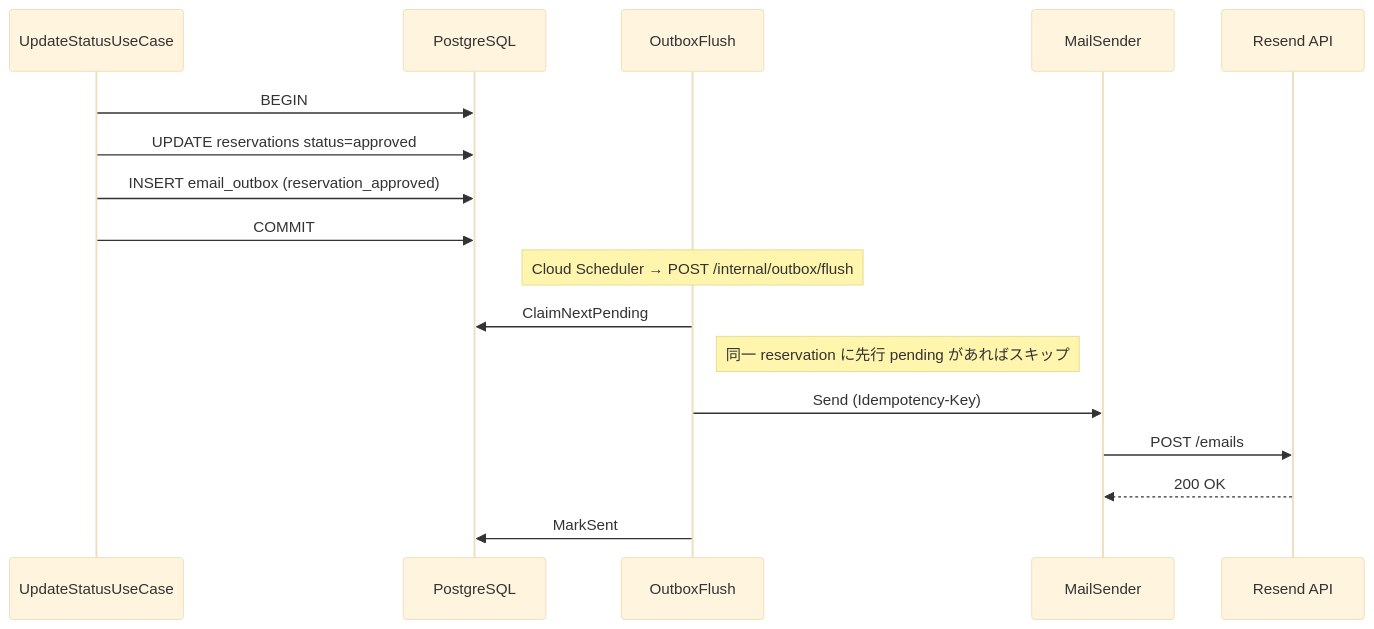
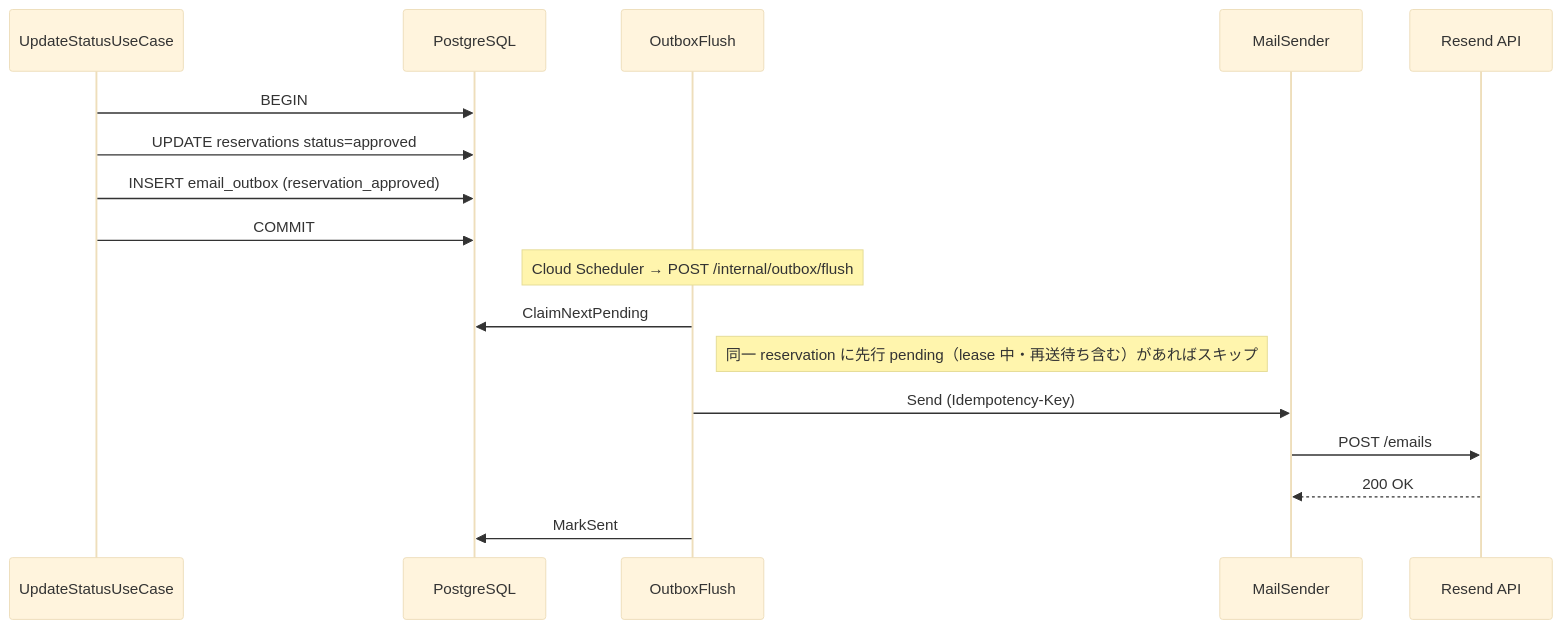
Diagram 11 of 15 in docs/sequence.md (cergijame101007/satehits), drawn with Mermaid (base theme) before and after one commit. The commit also changed other lines of this file and 7 other files, not shown here.

````diff
--- a/docs/sequence.md
+++ b/docs/sequence.md
@@ -407,20 +410,20 @@
 ```mermaid
 sequenceDiagram
     participant UseCase as UpdateStatusUseCase
     participant DB as PostgreSQL
     participant Flush as OutboxFlush
     participant Sender as MailSender
     participant Resend as Resend API
 
     UseCase->>DB: BEGIN
     UseCase->>DB: UPDATE reservations status=approved
     UseCase->>DB: INSERT email_outbox (reservation_approved)
     UseCase->>DB: COMMIT
     Note over Flush: Cloud Scheduler → POST /internal/outbox/flush
     Flush->>DB: ClaimNextPending
-    Note right of Flush: 同一 reservation に先行 pending があればスキップ
+    Note right of Flush: 同一 reservation に先行 pending（lease 中・再送待ち含む）があればスキップ
     Flush->>Sender: Send (Idempotency-Key)
     Sender->>Resend: POST /emails
     Resend-->>Sender: 200 OK
     Flush->>DB: MarkSent
 ```
````
